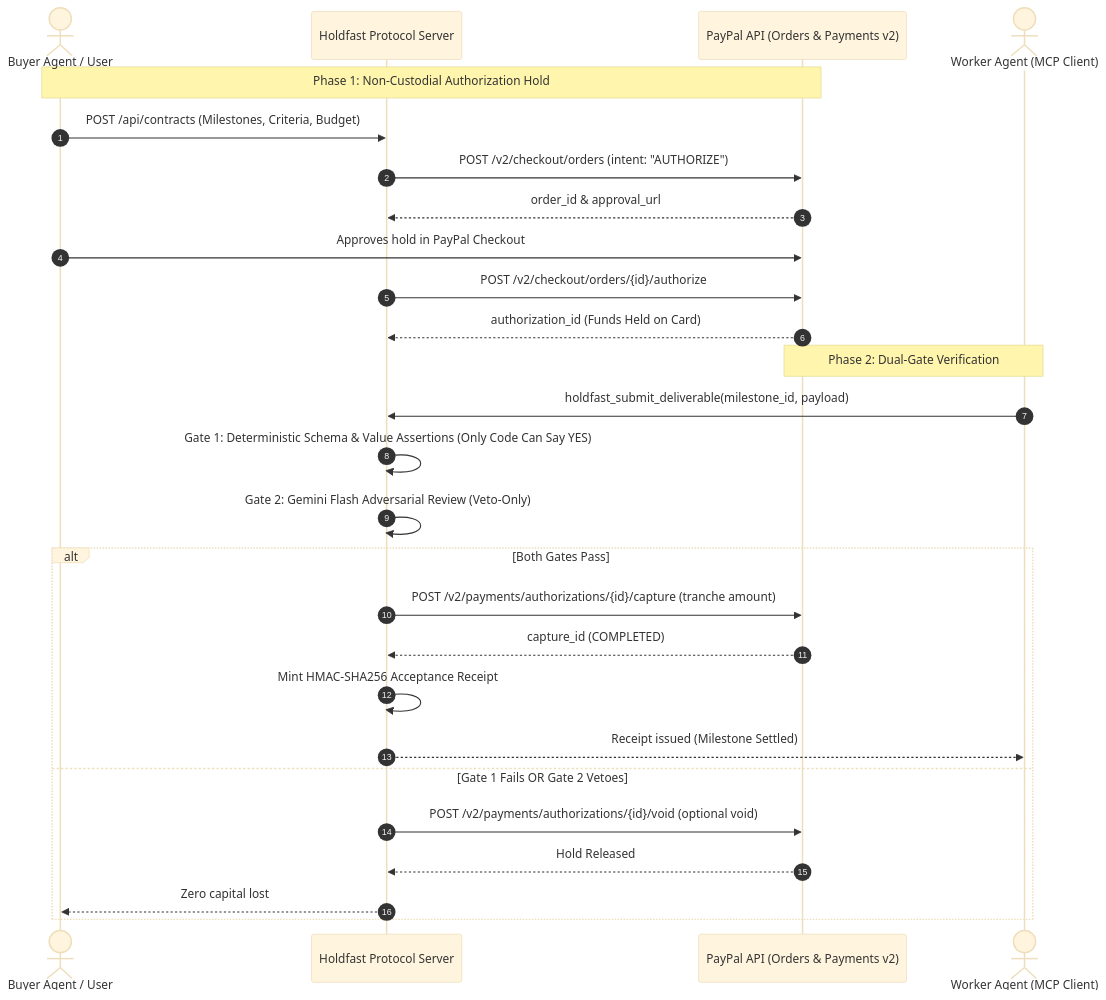
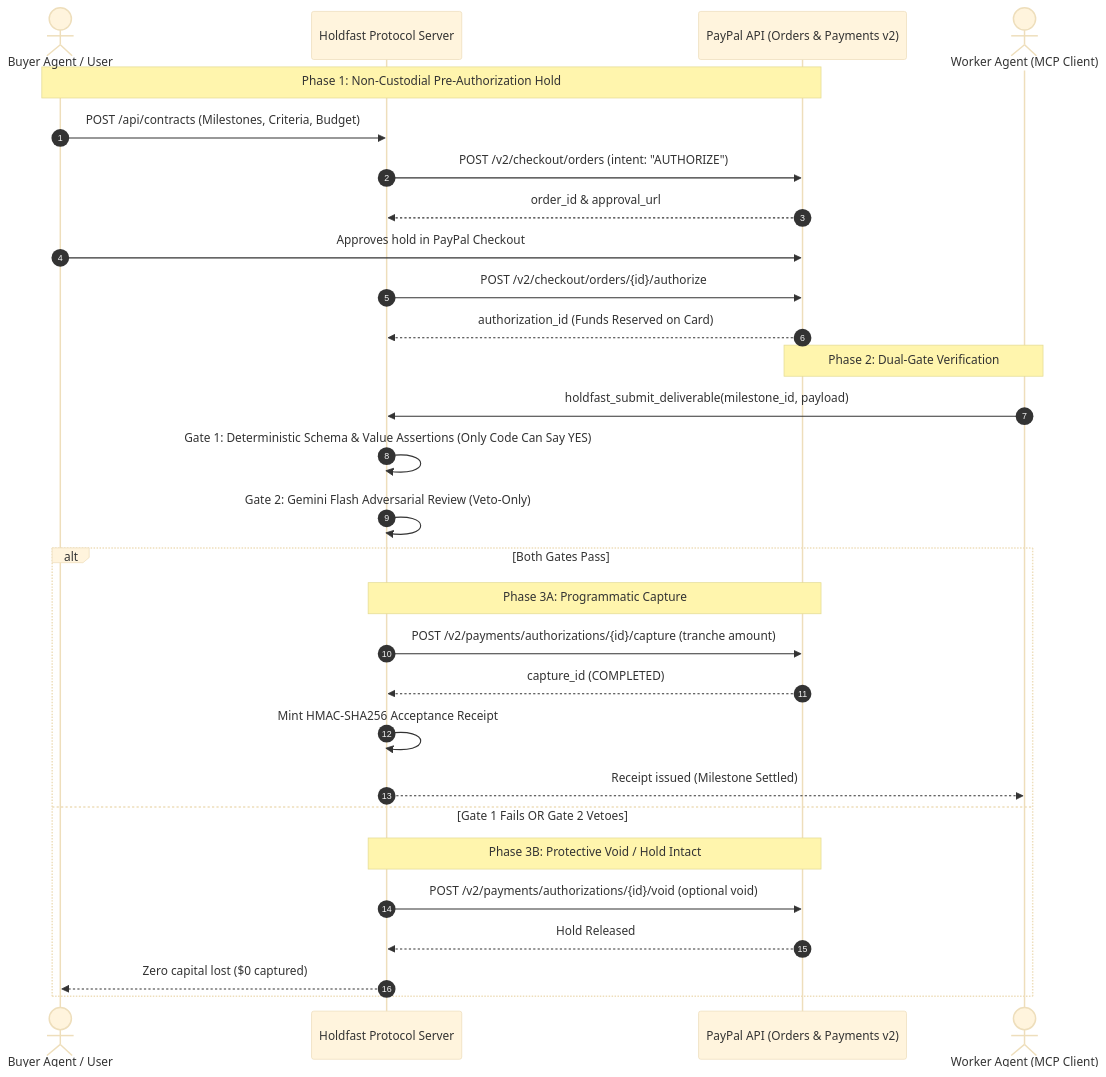
The diagram in README.md (faizkhatri196/PayPal-), drawn with Mermaid (base theme) before and after one commit. The commit also changed other lines of this file and 3 other files, not shown here.

````diff
--- a/README.md
+++ b/README.md
@@ -51,35 +76,34 @@
 ```mermaid
 sequenceDiagram
     autonumber
     actor Buyer as Buyer Agent / User
     participant HF as Holdfast Protocol Server
     participant PP as PayPal API (Orders & Payments v2)
     actor Worker as Worker Agent (MCP Client)
 
-    %% Phase 1: Authorization
-    Note over Buyer,PP: Phase 1: Non-Custodial Authorization Hold
+    Note over Buyer,PP: Phase 1: Non-Custodial Pre-Authorization Hold
     Buyer->>HF: POST /api/contracts (Milestones, Criteria, Budget)
     HF->>PP: POST /v2/checkout/orders (intent: "AUTHORIZE")
     PP-->>HF: order_id & approval_url
     Buyer->>PP: Approves hold in PayPal Checkout
     HF->>PP: POST /v2/checkout/orders/{id}/authorize
-    PP-->>HF: authorization_id (Funds Held on Card)
+    PP-->>HF: authorization_id (Funds Reserved on Card)
 
-    %% Phase 2: Deliverable Submission & Verification
     Note over Worker,PP: Phase 2: Dual-Gate Verification
     Worker->>HF: holdfast_submit_deliverable(milestone_id, payload)
     HF->>HF: Gate 1: Deterministic Schema & Value Assertions (Only Code Can Say YES)
     HF->>HF: Gate 2: Gemini Flash Adversarial Review (Veto-Only)
     
-    %% Phase 3: Settlement or Void
     alt Both Gates Pass
+        Note over HF,PP: Phase 3A: Programmatic Capture
         HF->>PP: POST /v2/payments/authorizations/{id}/capture (tranche amount)
         PP-->>HF: capture_id (COMPLETED)
         HF->>HF: Mint HMAC-SHA256 Acceptance Receipt
         HF-->>Worker: Receipt issued (Milestone Settled)
     else Gate 1 Fails OR Gate 2 Vetoes
+        Note over HF,PP: Phase 3B: Protective Void / Hold Intact
         HF->>PP: POST /v2/payments/authorizations/{id}/void (optional void)
         PP-->>HF: Hold Released
-        HF-->>Buyer: Zero capital lost
+        HF-->>Buyer: Zero capital lost ($0 captured)
     end
 ```
````
